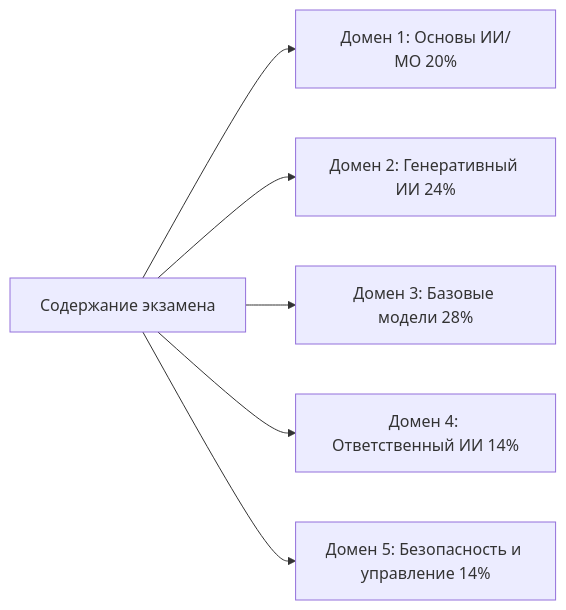
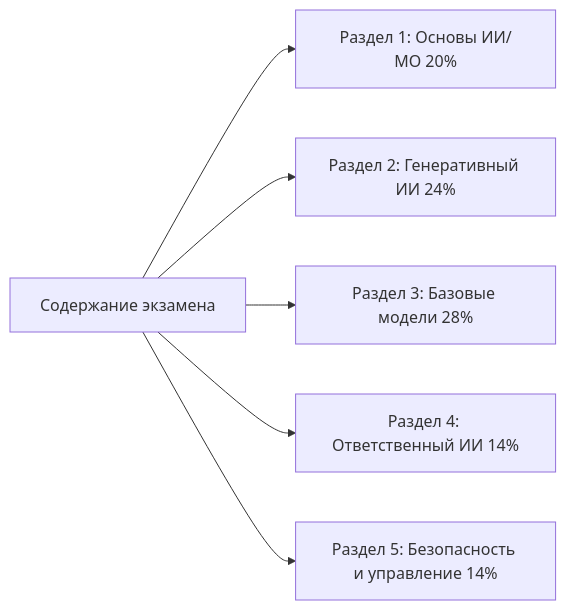
One commit to CloudCityPress/aws-aif-c01 changed the fourth of 5 diagrams in russian/00_60_AWS_Certifications_and_exam.md. Above: the diagram before and after it, drawn with Mermaid. The commit also changed other lines of this file and 24 other files, not shown here.

````diff
--- a/russian/00_60_AWS_Certifications_and_exam.md
+++ b/russian/00_60_AWS_Certifications_and_exam.md
@@ -128,8 +128,8 @@
 ```mermaid
 flowchart LR
-    A[Содержание экзамена] --> B[Домен 1: Основы ИИ/МО 20%]
-    A --> C[Домен 2: Генеративный ИИ 24%]
-    A --> D[Домен 3: Базовые модели 28%]
-    A --> E[Домен 4: Ответственный ИИ 14%]
-    A --> F[Домен 5: Безопасность и управление 14%]
+    A[Содержание экзамена] --> B[Раздел 1: Основы ИИ/МО 20%]
+    A --> C[Раздел 2: Генеративный ИИ 24%]
+    A --> D[Раздел 3: Базовые модели 28%]
+    A --> E[Раздел 4: Ответственный ИИ 14%]
+    A --> F[Раздел 5: Безопасность и управление 14%]
 ```
````
